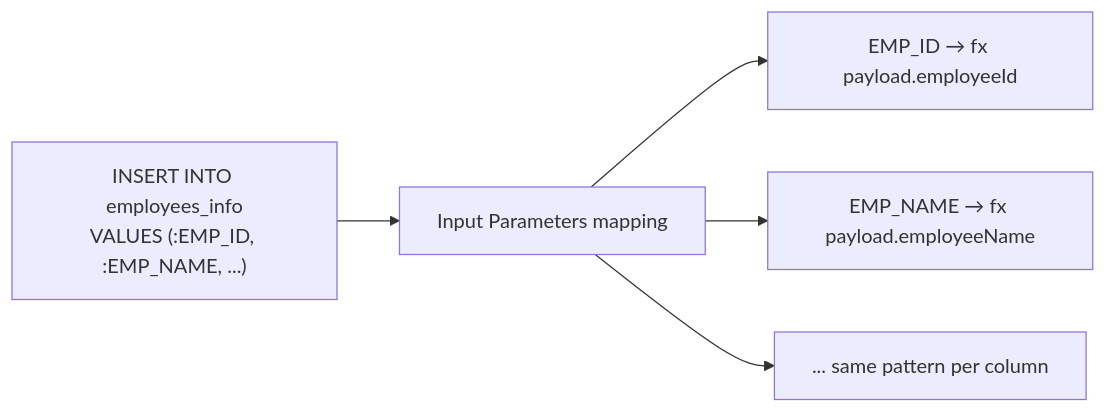
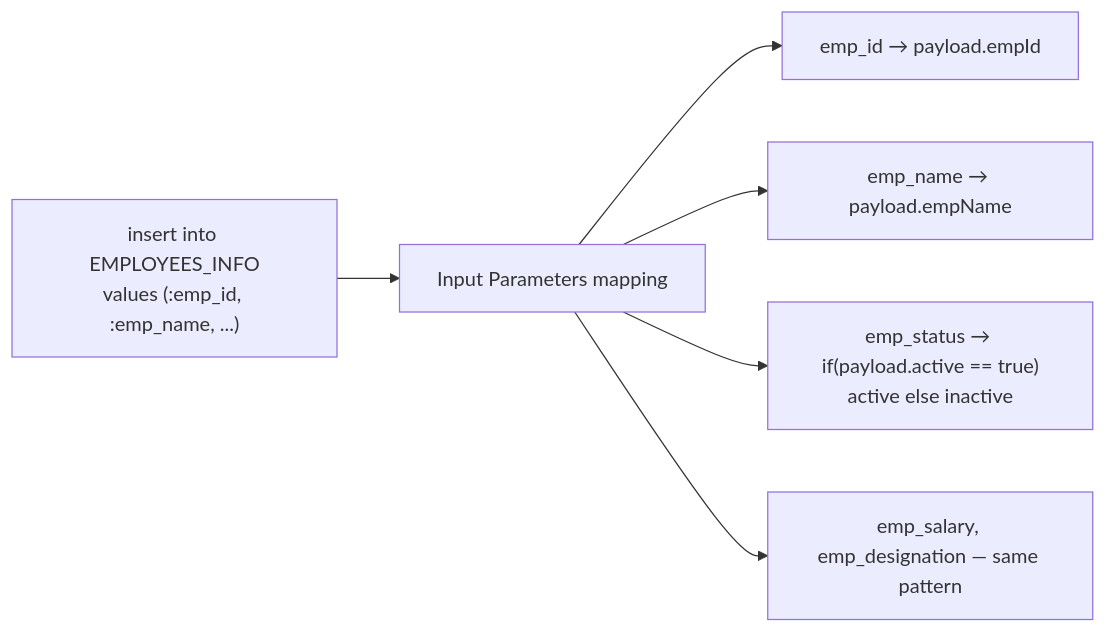
Before and after one commit to developerashok99/green-c-mule-notes: the tenth of 11 diagrams in detailed-notes/day29.md, drawn with Mermaid. The commit also changed other lines of this file and 1 other file, not shown here.

````diff
--- a/detailed-notes/day29.md
+++ b/detailed-notes/day29.md
@@ -135,7 +152,8 @@
 ```mermaid
 flowchart LR
-    Query["INSERT INTO employees_info\nVALUES (:EMP_ID, :EMP_NAME, ...)"] --> Params["Input Parameters mapping"]
-    Params --> P1["EMP_ID → fx payload.employeeId"]
-    Params --> P2["EMP_NAME → fx payload.employeeName"]
-    Params --> P3["... same pattern per column"]
+    Query["insert into EMPLOYEES_INFO<br/>values (:emp_id, :emp_name, ...)"] --> Params["Input Parameters mapping"]
+    Params --> P1["emp_id → payload.empId"]
+    Params --> P2["emp_name → payload.empName"]
+    Params --> P4["emp_status → if(payload.active == true)<br/>active else inactive"]
+    Params --> P3["emp_salary, emp_designation — same pattern"]
 ```
````
